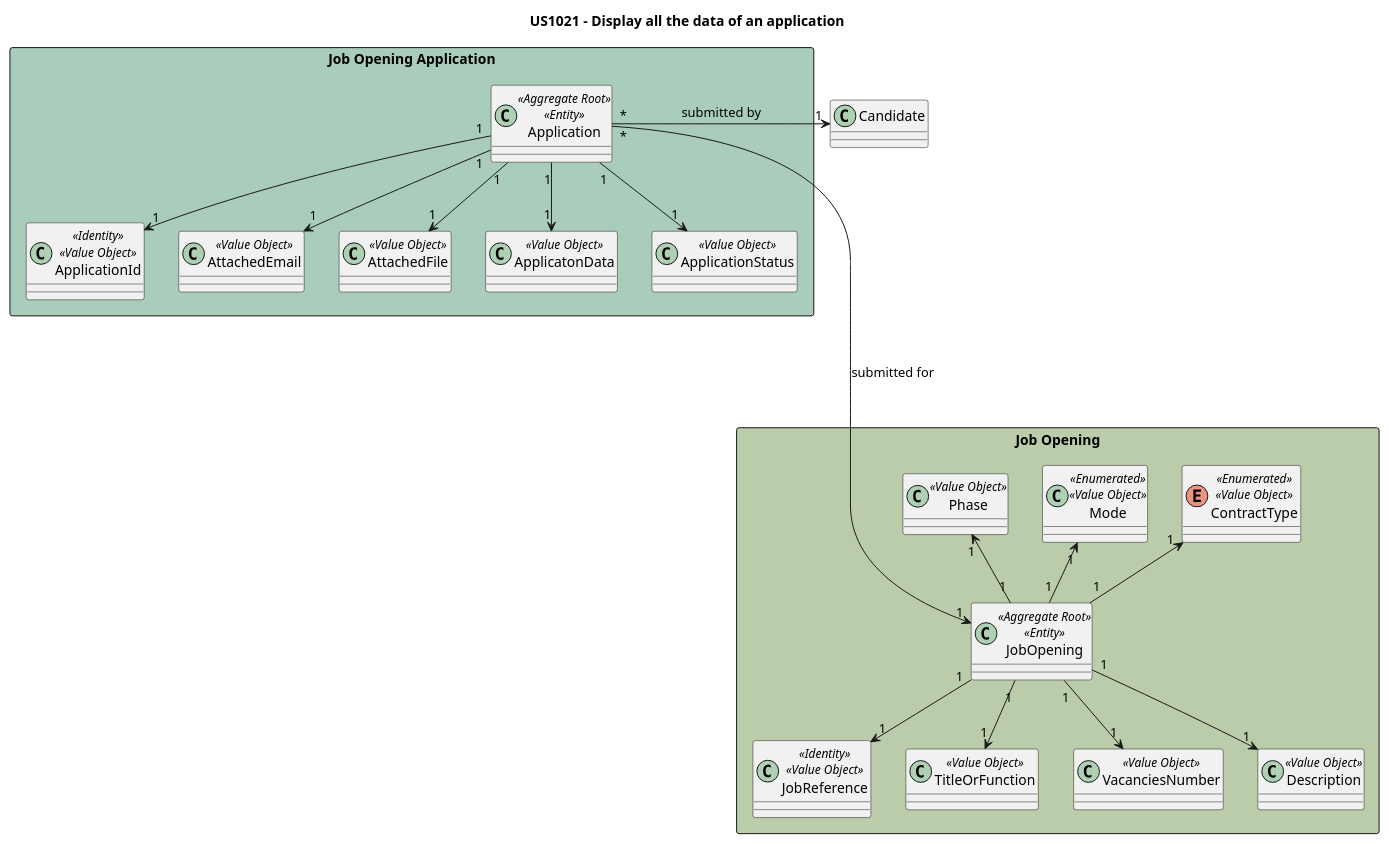
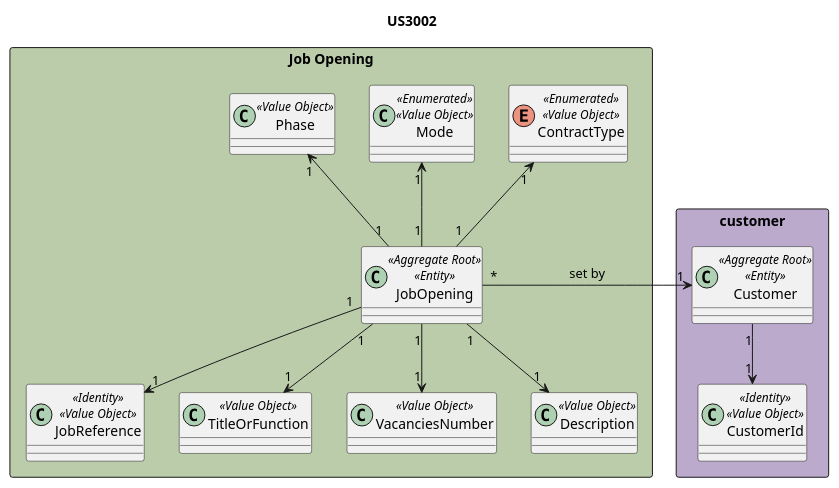
Before and after one commit to marcoferreira37/Lapr4: the diagram in docs/sprintC/3002/puml/3002-domain-model.puml, drawn with PlantUML. The commit also changed 4 other files, not shown here.

```diff
--- a/docs/sprintC/3002/puml/3002-domain-model.puml
+++ b/docs/sprintC/3002/puml/3002-domain-model.puml
@@ -1,63 +1,44 @@
 @startuml
 
-Title  US1021 - Display all the data of an application
+Title  US3002
 
 rectangle "Job Opening" #bbccaa {
 
     class JobOpening<<Aggregate Root>><<Entity>>{}
 
     class JobReference<<Identity>><<Value Object>>{}
 
     class TitleOrFunction<<Value Object>>{}
 
     enum ContractType<<Enumerated>><<Value Object>>{}
 
     class Mode<<Enumerated>><<Value Object>>{}
 
 
     class VacanciesNumber<<Value Object>>{}
 
     class Description<<Value Object>>{}
 
     class Phase <<Value Object>>{}
     ''Maybe go to Interview Model
 
 }
+rectangle customer #bbaacc{
+    class Customer <<Aggregate Root>><<Entity>>{}
+    class CustomerId<<Identity>><<Value Object>>{}
+}
+
+JobOpening "*" -> "1" Customer : set by
+Customer "1" --> "1" CustomerId
 
 
-rectangle "Job Opening Application" #aaccbb {
-
-    class Application<<Aggregate Root>><<Entity>>{}
-
-    class ApplicationId<<Identity>><<Value Object>>{}
-
-    class AttachedEmail<<Value Object>>{}
-
-    class AttachedFile<<Value Object>>{}
-
-    class ApplicatonData<<Value Object>>{}
-
-    class ApplicationStatus<<Value Object>>{}
-
-
-
-
-}
-
-Application "1" --> "1" ApplicationId
-Application "1" --> "1" AttachedEmail
-Application "1" --> "1" AttachedFile
-Application "*" -----> "1" JobOpening : submitted for
-Application "*" -> "1" Candidate : submitted by
-Application "1" --> "1" ApplicationStatus
-Application "1" --> "1" ApplicatonData
 
 
 JobReference "1" <-up- "1" JobOpening
 TitleOrFunction "1" <-up- "1" JobOpening
 ContractType "1" <-- "1" JobOpening
 Mode "1" <-- "1" JobOpening
 Description "1" <-up- "1" JobOpening
 VacanciesNumber "1" <-up- "1" JobOpening
 Phase "1" <-down- "1" JobOpening
 @enduml
```
